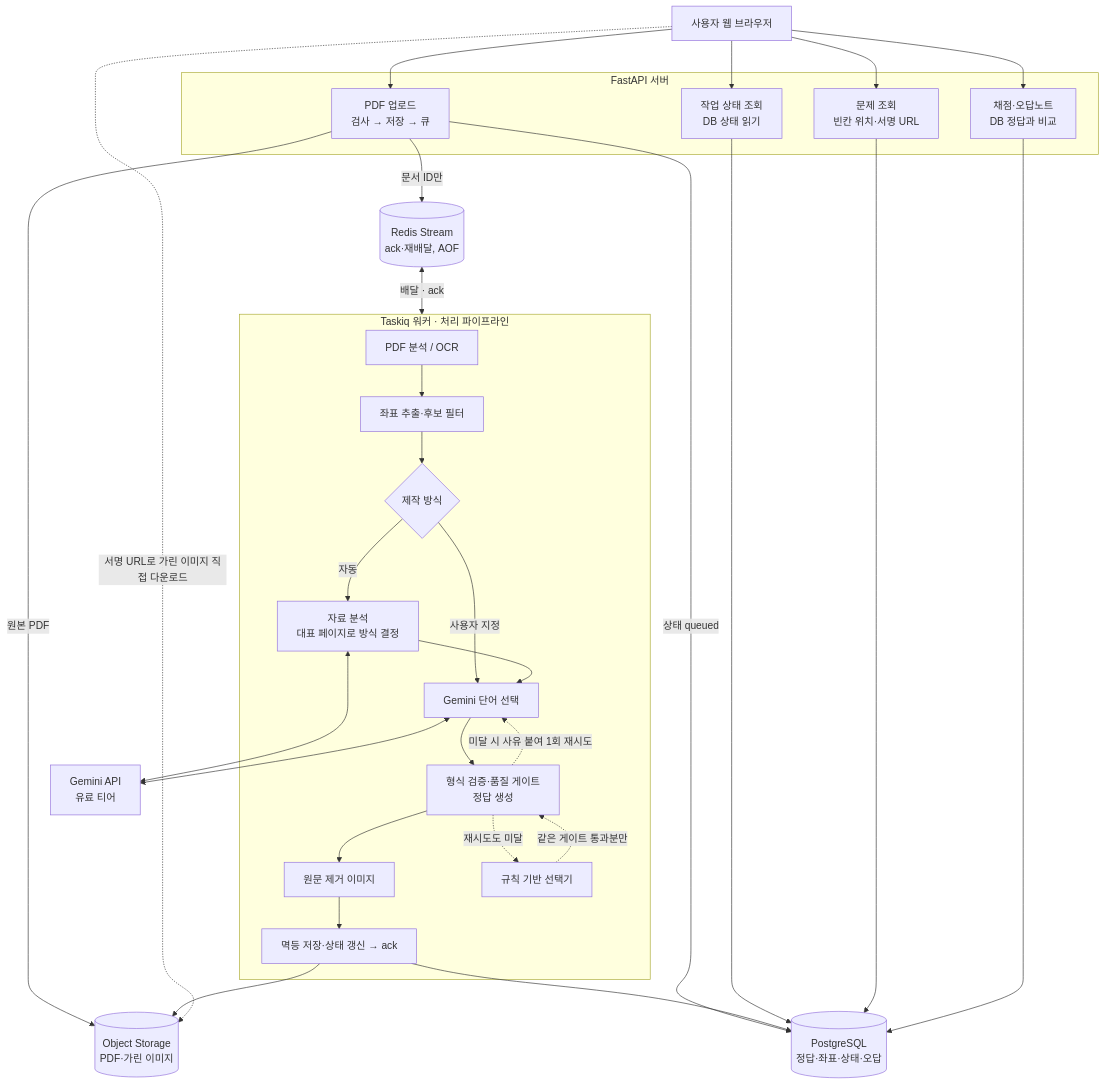
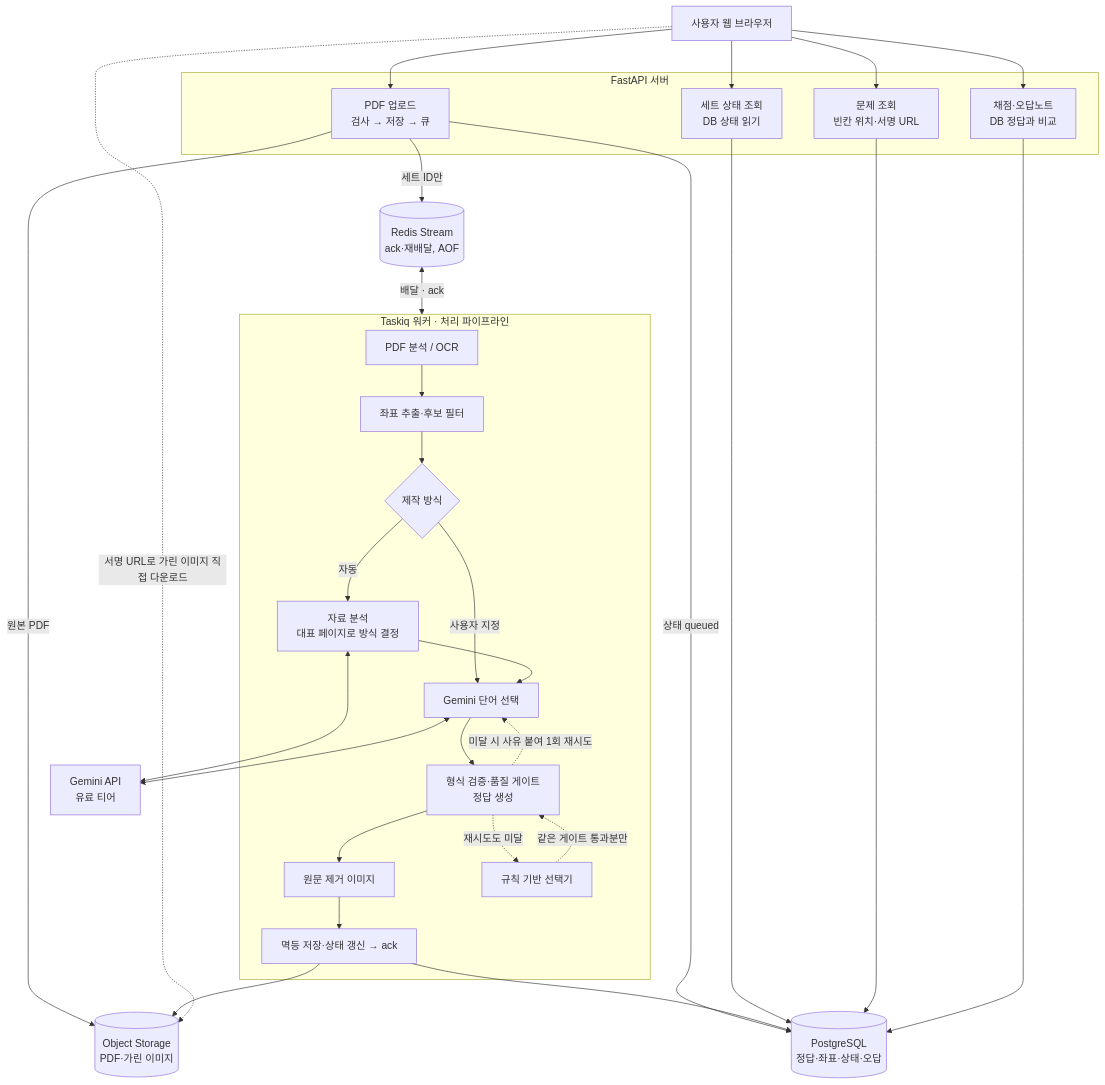
Before and after one commit to best-vibing/cloze: the diagram in docs/architecture.md, drawn with Mermaid. The commit also changed other lines of this file and 3 other files, not shown here.

````diff
--- a/docs/architecture.md
+++ b/docs/architecture.md
@@ -13,44 +13,44 @@
 ```mermaid
 flowchart TB
     B[사용자 웹 브라우저]
 
     subgraph API[FastAPI 서버]
         U[PDF 업로드<br/>검사 → 저장 → 큐]
-        S[작업 상태 조회<br/>DB 상태 읽기]
+        S[세트 상태 조회<br/>DB 상태 읽기]
         Q[문제 조회<br/>빈칸 위치·서명 URL]
         G[채점·오답노트<br/>DB 정답과 비교]
     end
 
     R[(Redis Stream<br/>ack·재배달, AOF)]
     OS[(Object Storage<br/>PDF·가린 이미지)]
     PG[(PostgreSQL<br/>정답·좌표·상태·오답)]
     GM[Gemini API<br/>유료 티어]
 
     subgraph W[Taskiq 워커 · 처리 파이프라인]
         P1[PDF 분석 / OCR] --> P2[좌표 추출·후보 필터]
         P2 --> PA{제작 방식}
         PA -->|자동| P2A[자료 분석<br/>대표 페이지로 방식 결정]
         PA -->|사용자 지정| P3
         P2A --> P3[Gemini 단어 선택]
         P3 --> P4[형식 검증·품질 게이트<br/>정답 생성]
         P4 --> P5[원문 제거 이미지]
         P5 --> P6[멱등 저장·상태 갱신 → ack]
         P4 -. 미달 시 사유 붙여 1회 재시도 .-> P3
         P4 -. 재시도도 미달 .-> FB[규칙 기반 선택기]
         FB -. 같은 게이트 통과분만 .-> P4
     end
 
     B --> U & S & Q & G
     U -->|원본 PDF| OS
     U -->|상태 queued| PG
-    U -->|문서 ID만| R
+    U -->|세트 ID만| R
     R <-->|배달 · ack| W
     P2A <--> GM
     P3 <--> GM
     P6 --> PG
     P6 --> OS
     S --> PG
     Q --> PG
     G --> PG
     B -. 서명 URL로 가린 이미지 직접 다운로드 .-> OS
 ```
````
